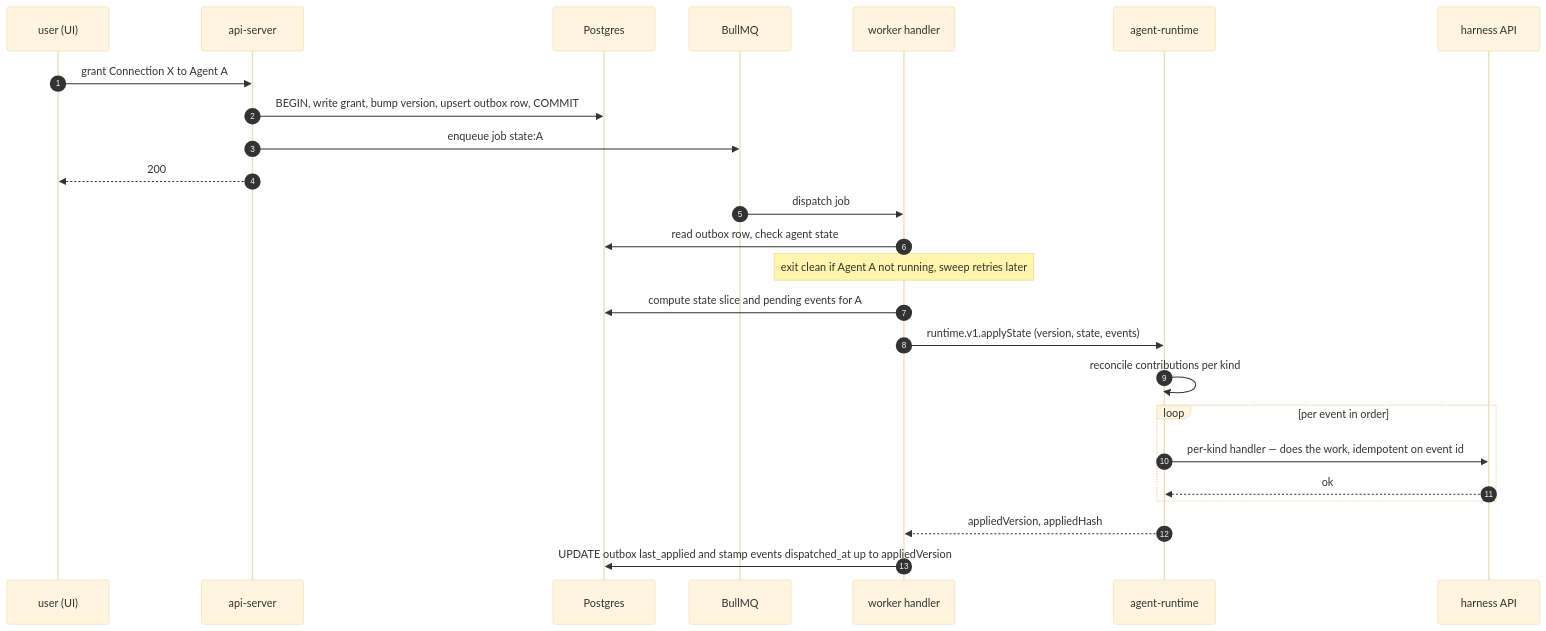
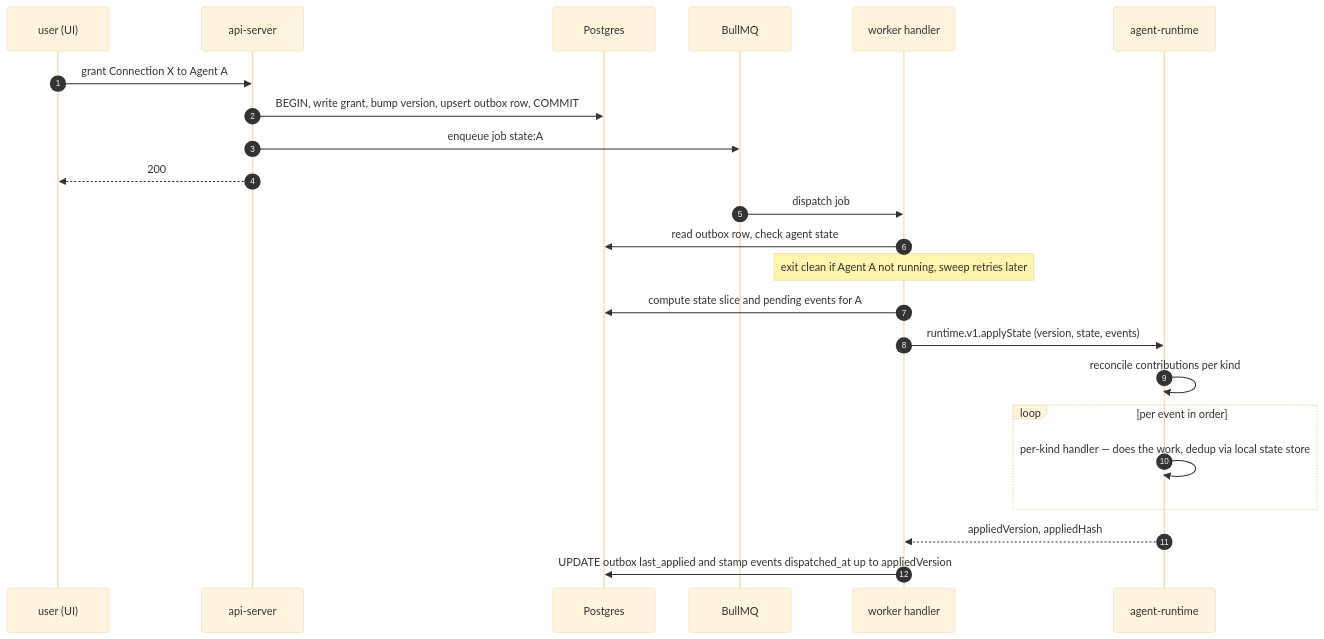
The third of 6 diagrams in docs/architecture/connections.md (subbyte/dam), drawn with Mermaid (base theme) before and after one commit. The commit also changed other lines of this file and 6 other files, not shown here.

First line of the commit message:
docs(architecture): fix drift from full-codebase audit (#917)

````diff
--- a/docs/architecture/connections.md
+++ b/docs/architecture/connections.md
@@ -219,29 +222,27 @@
 ```mermaid
 sequenceDiagram
   autonumber
   participant USER as user (UI)
   participant AS as api-server
   participant PG as Postgres
   participant BQ as BullMQ
   participant WK as worker handler
   participant RT as agent-runtime
-  participant HS as harness API
 
   USER->>AS: grant Connection X to Agent A
   AS->>PG: BEGIN, write grant, bump version, upsert outbox row, COMMIT
   AS->>BQ: enqueue job state:A
   AS-->>USER: 200
 
   BQ->>WK: dispatch job
   WK->>PG: read outbox row, check agent state
   Note over WK: exit clean if Agent A not running, sweep retries later
   WK->>PG: compute state slice and pending events for A
   WK->>RT: runtime.v1.applyState (version, state, events)
   RT->>RT: reconcile contributions per kind
   loop per event in order
-    RT->>HS: per-kind handler — does the work, idempotent on event id
-    HS-->>RT: ok
+    RT->>RT: per-kind handler — does the work, dedup via local state store
   end
   RT-->>WK: appliedVersion, appliedHash
   WK->>PG: UPDATE outbox last_applied and stamp events dispatched_at up to appliedVersion
 ```
````
